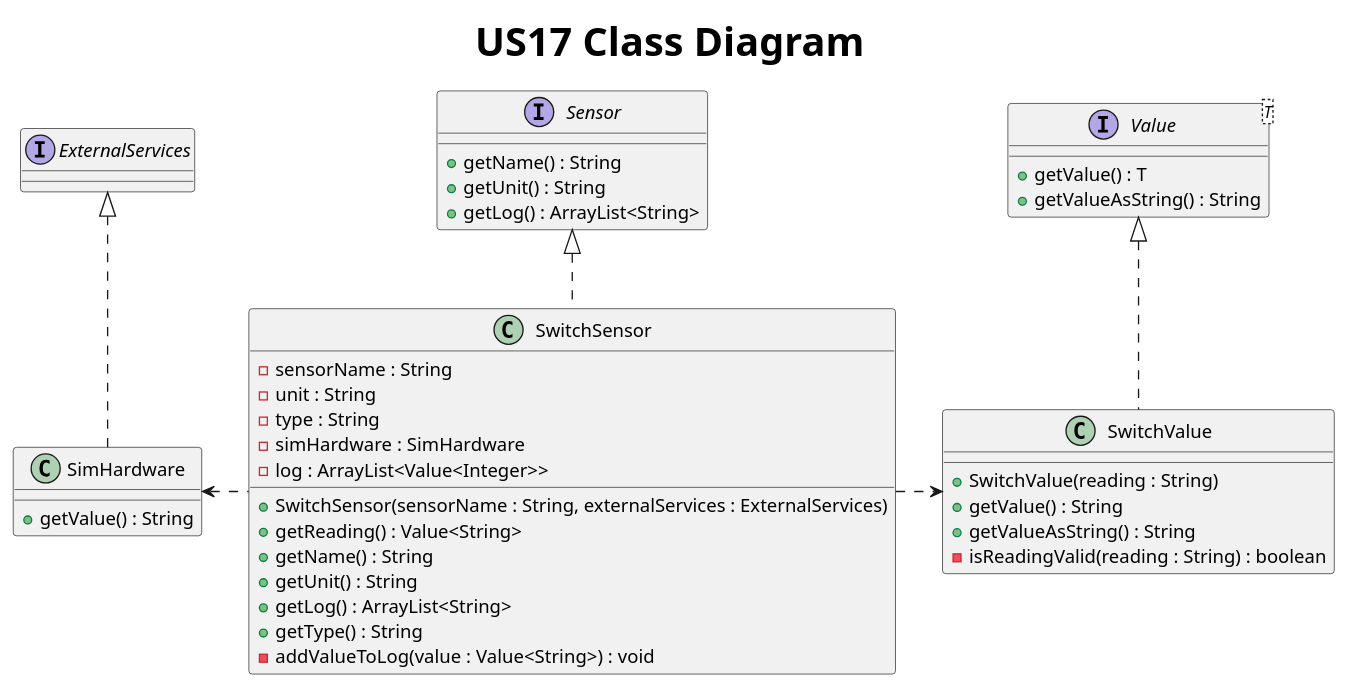
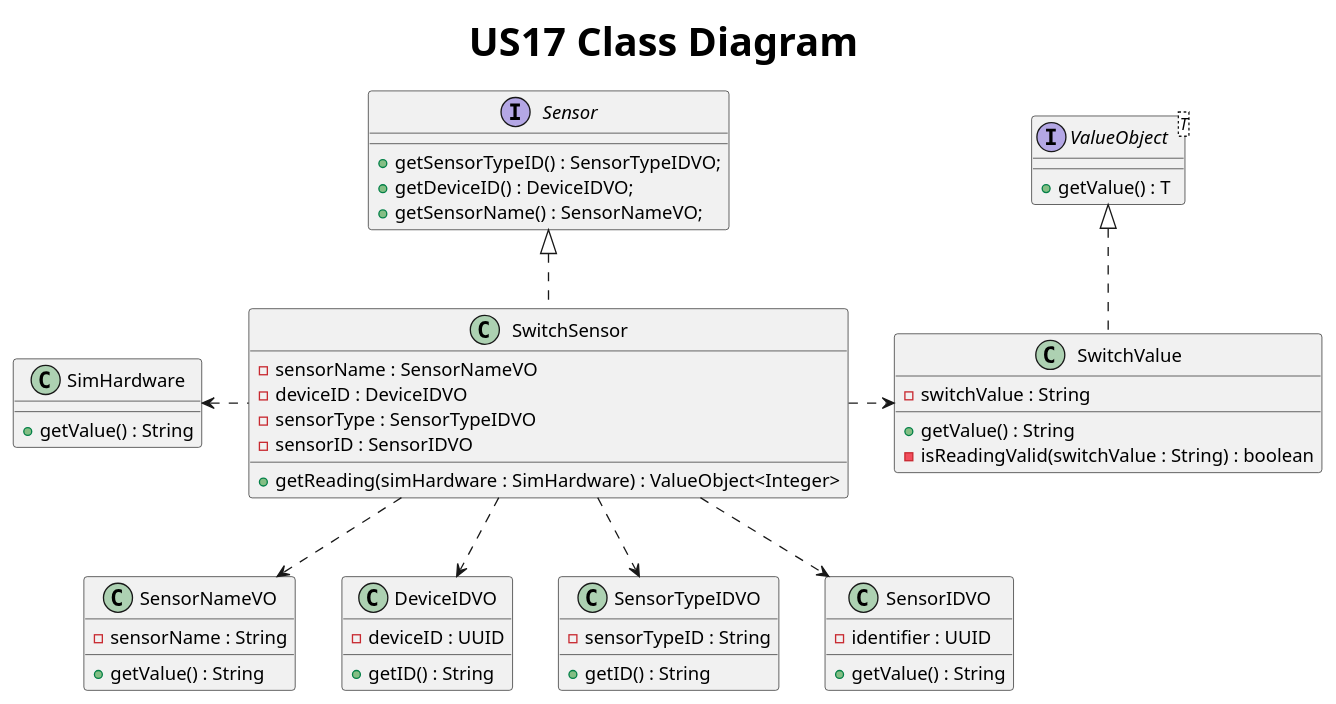
One commit to AfonsoNeves77/smartHouse changed the diagram in Docs/US17/S3US17ClassDiagram.puml. Above: the diagram before and after it, drawn with PlantUML. The commit also changed 1 other file, not shown here.

Commit message:
[docs] add SwitchSensor class diagram.

```diff
--- a/Docs/US17/S3US17ClassDiagram.puml
+++ b/Docs/US17/S3US17ClassDiagram.puml
@@ -1,51 +1,65 @@
 @startuml
 title <size: 30> US17 Class Diagram
 
 interface Sensor {
-    + getName() : String
-    + getUnit() : String
-    + getLog() : ArrayList<String>
+    + getSensorTypeID() : SensorTypeIDVO;
+    + getDeviceID() : DeviceIDVO;
+    + getSensorName() : SensorNameVO;
 }
 
-interface Value<T> {
+
+interface ValueObject<T> {
     + getValue() : T
-    + getValueAsString() : String
 }
 
-interface ExternalServices {
-
+class SensorNameVO{
+    - sensorName : String
+    + getValue() : String
 }
 
-class SwitchSensor{
-    - sensorName : String
-    - unit : String
-    - type : String
-    - simHardware : SimHardware
-    - log : ArrayList<Value<Integer>>
-
-    + SwitchSensor(sensorName : String, externalServices : ExternalServices)
-    + getReading() : Value<String>
-    + getName() : String
-    + getUnit() : String
-    + getLog() : ArrayList<String>
-    + getType() : String
-    - addValueToLog(value : Value<String>) : void
+class DeviceIDVO{
+    - deviceID : UUID
+    + getID() : String
 }
 
-class SwitchValue {
-    + SwitchValue(reading : String)
+class SensorTypeIDVO{
+    - sensorTypeID : String
+    + getID() : String
+}
+
+class SensorIDVO{
+    - identifier : UUID
     + getValue() : String
-    + getValueAsString() : String
-    - isReadingValid(reading : String) : boolean
+}
+
+
+class SwitchSensor{
+    - sensorName : SensorNameVO
+    - deviceID : DeviceIDVO
+    - sensorType : SensorTypeIDVO
+    - sensorID : SensorIDVO
+
+    + getReading(simHardware : SimHardware) : ValueObject<Integer>
+}
+
+class SwitchValue{
+    - switchValue : String
+
+    + getValue() : String
+    - isReadingValid(switchValue : String) : boolean
 }
 
 class SimHardware{
     + getValue() : String
 }
 
-Value <|.. SwitchValue
+ValueObject <|.. SwitchValue
 Sensor <|.. SwitchSensor
-ExternalServices <|.. SimHardware
 SwitchSensor .right.> SwitchValue
 SwitchSensor .left.> SimHardware
+SwitchSensor .down.> SensorNameVO
+SwitchSensor .down.> DeviceIDVO
+SwitchSensor .down.> SensorTypeIDVO
+SwitchSensor .down.> SensorIDVO
+
 @enduml
```
